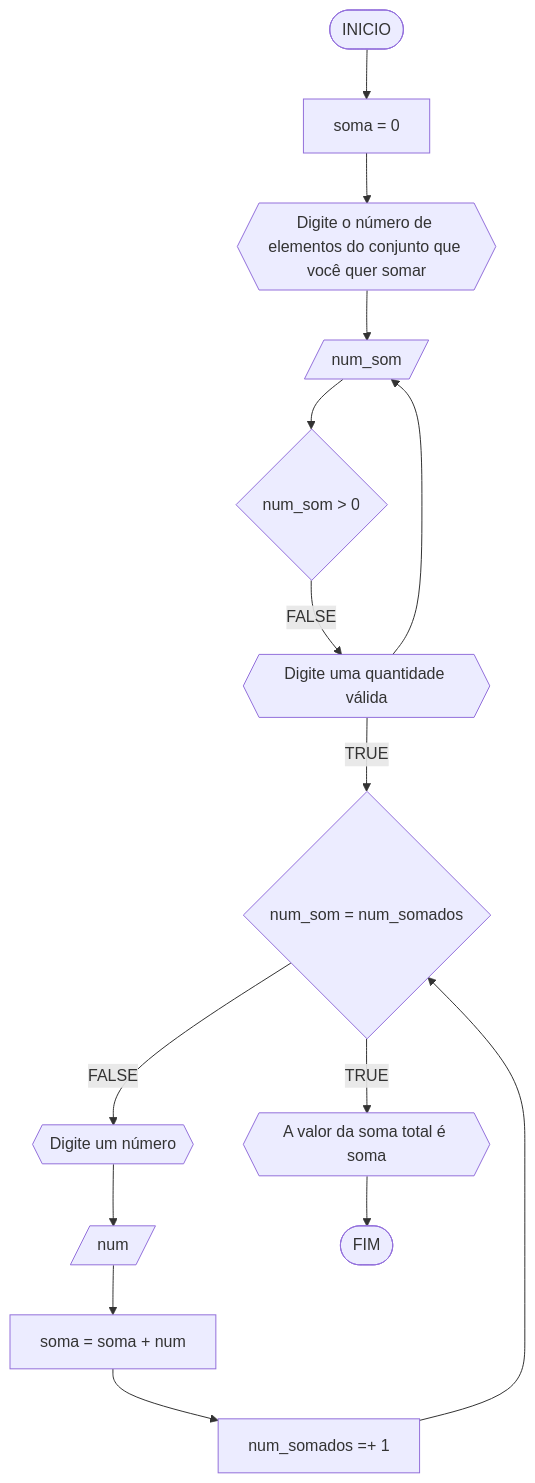
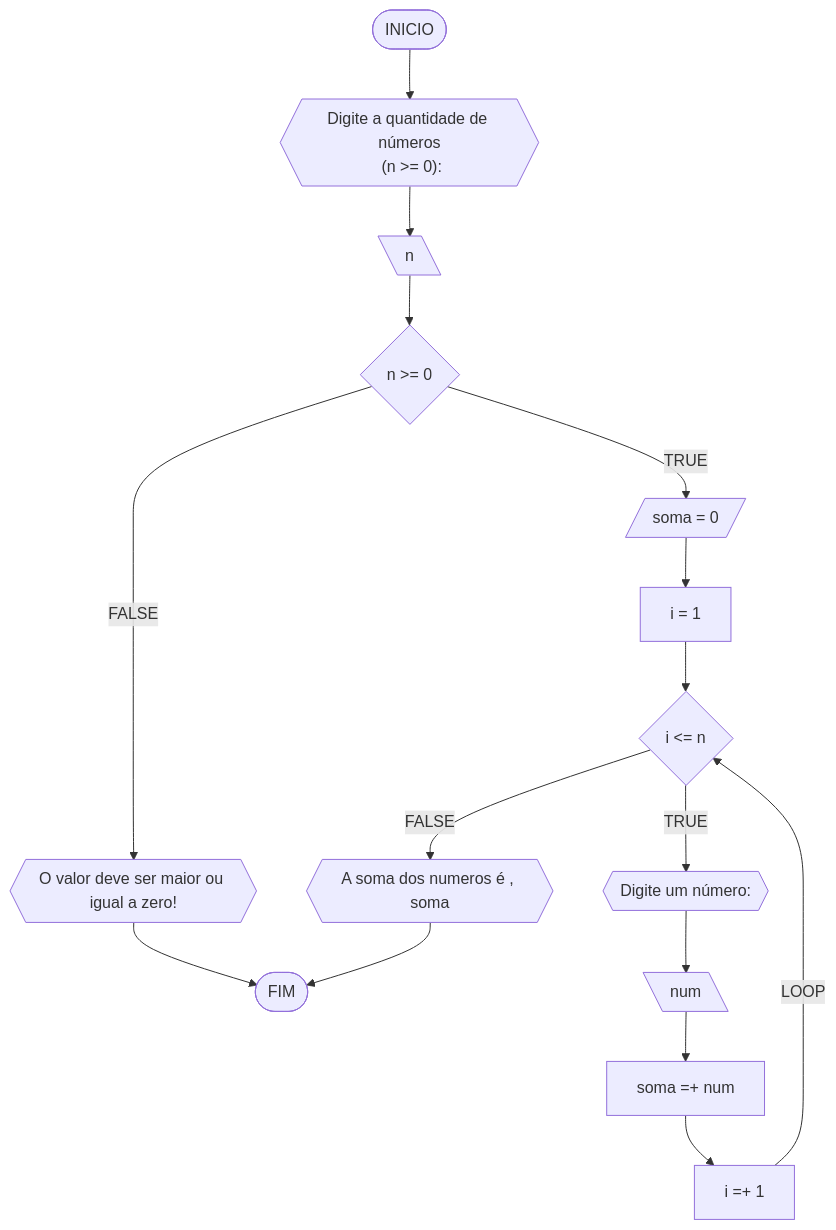
Before and after one commit to Kremmydi/unifor: the third of 7 diagrams in RLA/Unidade1/ResoluçãoAD1.md, drawn with Mermaid. The commit also changed other lines of this file, not shown here.

````diff
--- a/RLA/Unidade1/ResoluçãoAD1.md
+++ b/RLA/Unidade1/ResoluçãoAD1.md
@@ -96,18 +96,18 @@
 ```mermaid
 flowchart TD
-A([INICIO])
-A --> C[soma = 0]
-C --> D{{Digite o número de elementos do conjunto que você quer somar}}
-D --> E[/num_som/]
-E --> F{num_som > 0}
-F--FALSE--> G{{Digite uma quantidade válida}}
-G --> E
-G --TRUE--> H{num_som = num_somados}
-H --FALSE--> I{{Digite um número}}
-I --> J[/num/]
-J --> K[soma = soma + num]
-K --> L[num_somados =+ 1]
-L --> H
-H --TRUE--> M{{A valor da soma total é soma}}
-M --> N([FIM])
+A([INICIO]) --> B{{"Digite a quantidade de números<br> (n >= 0):"}}
+B --> C[\n\]
+C --> D{n >= 0}
+D --FALSE-->N{{"O valor deve ser maior ou igual a zero!"}}
+N --> M([FIM])
+D --TRUE--> E[/soma = 0/]
+E --> F[i = 1]
+F --> G{i <= n}
+G --FALSE--> L{{"A soma dos numeros é , soma"}}
+L --> M
+G --TRUE--> H{{Digite um número: }}
+H --> I[\num\]
+I --> J[soma =+ num]
+J --> K[i =+ 1]
+K --LOOP--> G
 ```
````
